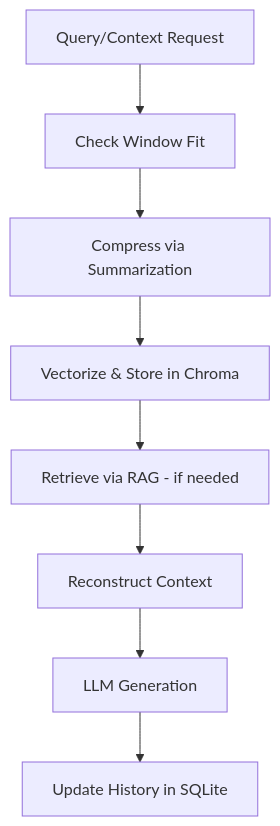
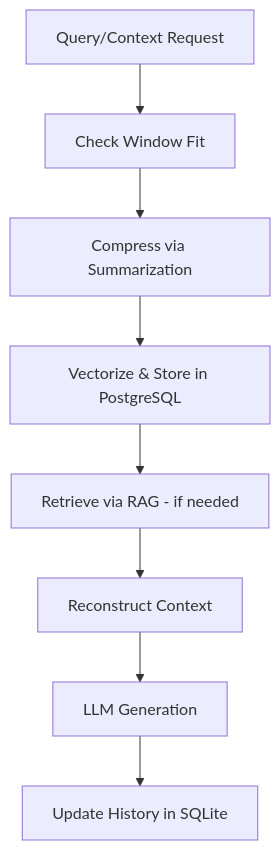
Before and after one commit to raqkaaq/ArxivResearchAgent: the third of 3 diagrams in CONTEXT_PRD.md, drawn with Mermaid. The commit also changed other lines of this file and 10 other files, not shown here.

````diff
--- a/CONTEXT_PRD.md
+++ b/CONTEXT_PRD.md
@@ -67,10 +67,10 @@
 ```mermaid
 flowchart TD
     A[Query/Context Request] --> B[Check Window Fit]
     B --> C[Compress via Summarization]
-    C --> D[Vectorize & Store in Chroma]
+    C --> D[Vectorize & Store in PostgreSQL]
     D --> E[Retrieve via RAG - if needed]
     E --> F[Reconstruct Context]
     F --> G[LLM Generation]
     G --> H[Update History in SQLite]
 ```
````
